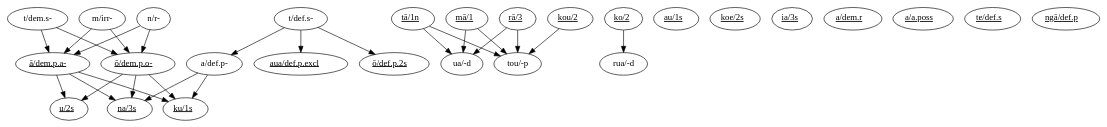
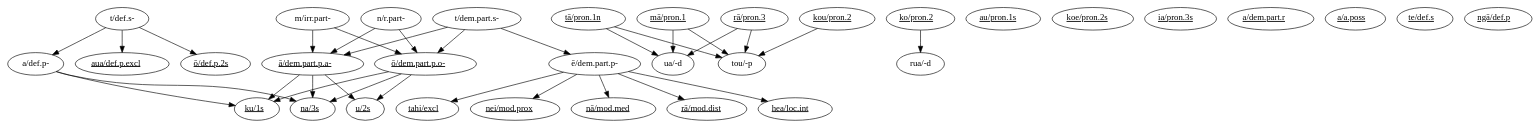
Before and after one commit to connor-taylorbrown/trm-parser: the diagram in output/graph.dot, drawn with Graphviz. The commit also changed 5 other files, not shown here.

```diff
--- a/output/graph.dot
+++ b/output/graph.dot
@@ -1,54 +1,66 @@
 digraph G {
-n0 [label=<<u>ā/dem.p.a-</u>>];
-n1 [label=<<u>ku/1s</u>>];
-n2 [label=<<u>u/2s</u>>];
-n3 [label=<<u>na/3s</u>>];
-n4 [label=<<u>ō/dem.p.o-</u>>];
-n5 [label="t/dem.s-"];
-n6 [label="ua/-d"];
-n7 [label=<<u>tā/1n</u>>];
-n8 [label=<<u>mā/1</u>>];
-n9 [label=<<u>rā/3</u>>];
-n10 [label="rua/-d"];
-n11 [label=<<u>ko/2</u>>];
-n12 [label="tou/-p"];
-n13 [label=<<u>kou/2</u>>];
-n14 [label=<<u>au/1s</u>>];
-n15 [label=<<u>koe/2s</u>>];
-n16 [label=<<u>ia/3s</u>>];
-n17 [label=<<u>a/dem.r</u>>];
-n18 [label="m/irr-"];
-n19 [label="n/r-"];
-n20 [label=<<u>a/a.poss</u>>];
-n21 [label="a/def.p-"];
-n22 [label=<<u>te/def.s</u>>];
-n23 [label=<<u>ngā/def.p</u>>];
-n24 [label=<<u>aua/def.p.excl</u>>];
-n25 [label=<<u>ō/def.p.2s</u>>];
-n26 [label="t/def.s-"];
-n0 -> n1;
-n0 -> n2;
-n0 -> n3;
-n4 -> n1;
-n4 -> n2;
-n4 -> n3;
-n5 -> n0;
-n5 -> n4;
-n7 -> n6;
-n8 -> n6;
-n9 -> n6;
-n11 -> n10;
-n7 -> n12;
-n8 -> n12;
-n13 -> n12;
-n9 -> n12;
-n18 -> n0;
-n18 -> n4;
-n19 -> n0;
-n19 -> n4;
-n21 -> n1;
-n21 -> n3;
-n26 -> n24;
-n26 -> n25;
-n26 -> n21;
+n0 [label=<<u>ā/dem.part.p.a-</u>>];
+n1 [label=<<u>ō/dem.part.p.o-</u>>];
+n2 [label="t/dem.part.s-"];
+n3 [label="ua/-d"];
+n4 [label="rua/-d"];
+n5 [label="tou/-p"];
+n6 [label=<<u>au/pron.1s</u>>];
+n7 [label=<<u>koe/pron.2s</u>>];
+n8 [label=<<u>ia/pron.3s</u>>];
+n9 [label=<<u>a/dem.part.r</u>>];
+n10 [label="ē/dem.part.p-"];
+n11 [label=<<u>nei/mod.prox</u>>];
+n12 [label=<<u>nā/mod.med</u>>];
+n13 [label=<<u>rā/mod.dist</u>>];
+n14 [label="m/irr.part-"];
+n15 [label="n/r.part-"];
+n16 [label=<<u>a/a.poss</u>>];
+n17 [label="a/def.p-"];
+n18 [label=<<u>te/def.s</u>>];
+n19 [label=<<u>ngā/def.p</u>>];
+n20 [label=<<u>aua/def.p.excl</u>>];
+n21 [label=<<u>ō/def.p.2s</u>>];
+n22 [label="t/def.s-"];
+n23 [label=<<u>ku/1s</u>>];
+n24 [label=<<u>u/2s</u>>];
+n25 [label=<<u>na/3s</u>>];
+n26 [label=<<u>hea/loc.int</u>>];
+n27 [label=<<u>tahi/excl</u>>];
+n28 [label=<<u>tā/pron.1n</u>>];
+n29 [label=<<u>mā/pron.1</u>>];
+n30 [label=<<u>rā/pron.3</u>>];
+n31 [label=<<u>ko/pron.2</u>>];
+n32 [label=<<u>kou/pron.2</u>>];
+n0 -> n23;
+n0 -> n24;
+n0 -> n25;
+n1 -> n23;
+n1 -> n24;
+n1 -> n25;
+n2 -> n0;
+n2 -> n1;
+n10 -> n11;
+n10 -> n12;
+n10 -> n13;
+n10 -> n26;
+n10 -> n27;
+n2 -> n10;
+n28 -> n3;
+n29 -> n3;
+n30 -> n3;
+n31 -> n4;
+n28 -> n5;
+n29 -> n5;
+n32 -> n5;
+n30 -> n5;
+n14 -> n0;
+n14 -> n1;
+n15 -> n0;
+n15 -> n1;
+n17 -> n23;
+n17 -> n25;
+n22 -> n20;
+n22 -> n21;
+n22 -> n17;
 }
```
